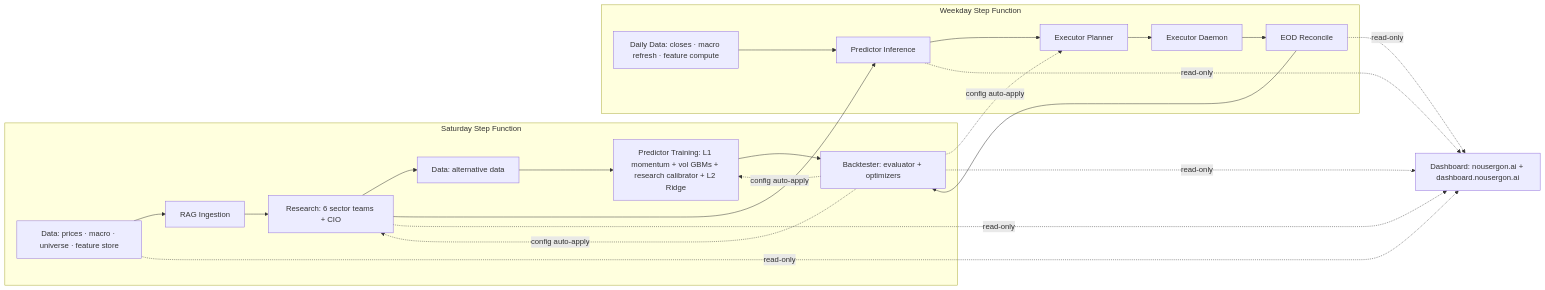
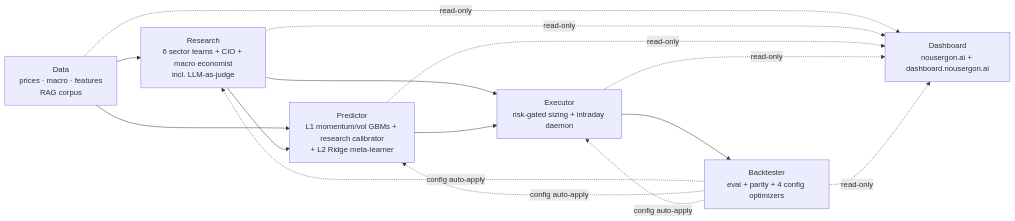
One commit to cipher813/alpha-engine-docs changed the first of 4 diagrams in README.md. Above: the diagram before and after it, drawn with Mermaid. The commit also changed other lines of this file, not shown here.

First paragraph of the commit message:
fix(presentation): docs README iteration — three pipelines, accuracy, prose (#18)
Follow-up to PR #17 covering interactive cleanups discussed during
review. Single squashed commit since PR #17 already merged.

````diff
--- a/README.md
+++ b/README.md
@@ -55,36 +57,26 @@
 ```mermaid
 flowchart LR
-    subgraph WEEKLY[Saturday Step Function]
-        Data1[Data: prices · macro · universe · feature store]
-        RAG[RAG Ingestion]
-        Research[Research: 6 sector teams + CIO]
-        Data2[Data: alternative data]
-        Train[Predictor Training: L1 momentum + vol GBMs + research calibrator + L2 Ridge]
-        Backtest[Backtester: evaluator + optimizers]
-    end
+    Data[Data<br/>prices · macro · features<br/>RAG corpus]
+    Research[Research<br/>6 sector teams + CIO + macro economist<br/>incl. LLM-as-judge]
+    Predictor[Predictor<br/>L1 momentum/vol GBMs + research calibrator<br/>+ L2 Ridge meta-learner]
+    Executor[Executor<br/>risk-gated sizing + intraday daemon]
+    Backtester[Backtester<br/>eval + parity + 4 config optimizers]
+    Dashboard[Dashboard<br/>nousergon.ai + dashboard.nousergon.ai]
 
-    subgraph DAILY[Weekday Step Function]
-        DailyData[Daily Data: closes · macro refresh · feature compute]
-        Inference[Predictor Inference]
-        Plan[Executor Planner]
-        Daemon[Executor Daemon]
-        EOD[EOD Reconcile]
-    end
+    Data --> Research
+    Data --> Predictor
+    Research --> Predictor
+    Research --> Executor
+    Predictor --> Executor
+    Executor --> Backtester
 
-    Data1 --> RAG --> Research --> Data2 --> Train --> Backtest
-    Backtest -.config auto-apply.-> Research
-    Backtest -.config auto-apply.-> Train
-    Backtest -.config auto-apply.-> Plan
+    Backtester -.config auto-apply.-> Research
+    Backtester -.config auto-apply.-> Predictor
+    Backtester -.config auto-apply.-> Executor
 
-    DailyData --> Inference --> Plan --> Daemon --> EOD
-
-    Research --> Inference
-    EOD --> Backtest
-
-    Dashboard[Dashboard: nousergon.ai + dashboard.nousergon.ai]
-    Data1 -.read-only.-> Dashboard
+    Data -.read-only.-> Dashboard
     Research -.read-only.-> Dashboard
-    Inference -.read-only.-> Dashboard
-    EOD -.read-only.-> Dashboard
-    Backtest -.read-only.-> Dashboard
+    Predictor -.read-only.-> Dashboard
+    Executor -.read-only.-> Dashboard
+    Backtester -.read-only.-> Dashboard
 ```
````
